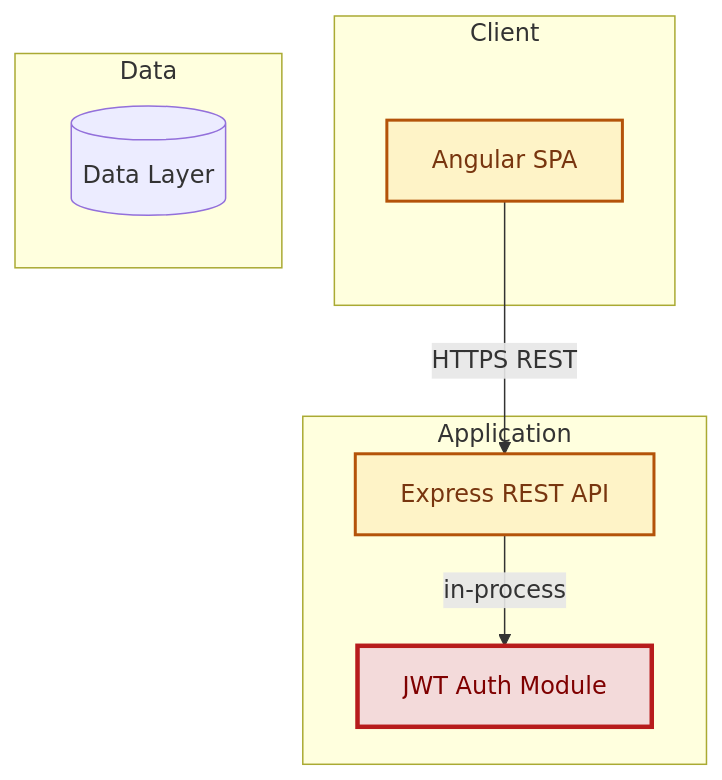
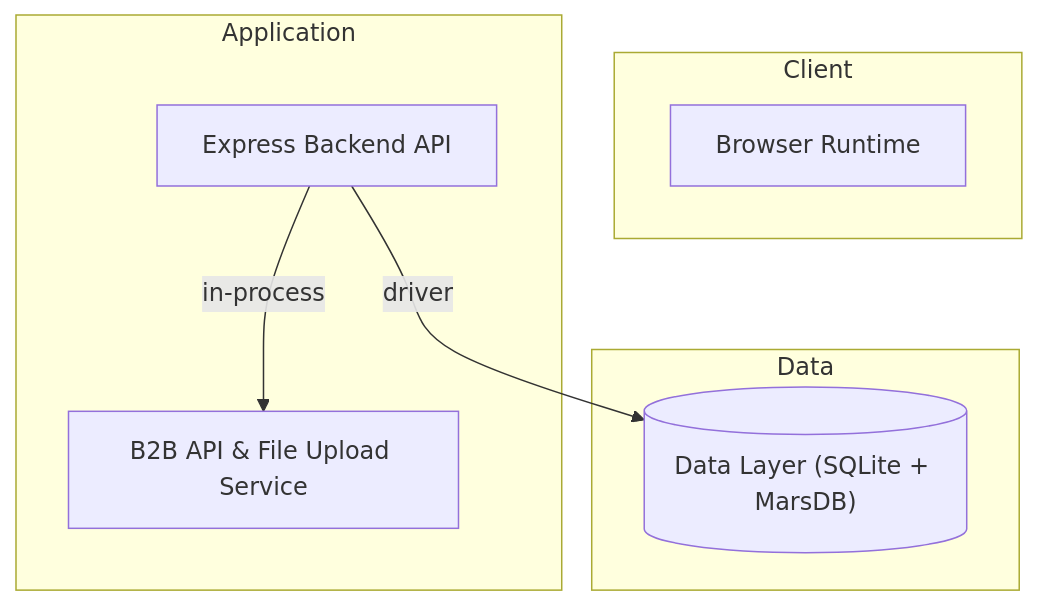
Before and after one commit to appsec-foundry/appsec-advisor: the third of 10 diagrams in examples/threat-modeler/threat-mode-juice-shop-quick.md, drawn with Mermaid. The commit also changed other lines of this file and 10 other files, not shown here.

````diff
--- a/examples/threat-modeler/threat-mode-juice-shop-quick.md
+++ b/examples/threat-modeler/threat-mode-juice-shop-quick.md
@@ -319,20 +308,15 @@
 ```mermaid
 flowchart TB
     subgraph Client
-        frontend["Angular SPA"]
+        BROWSER["Browser Runtime"]
     end
     subgraph Application
-        backend_api["Express REST API"]
-        auth_module["JWT Auth Module"]
+        backend_api["Express Backend API"]
+        b2b_api["B2B API & File Upload Service"]
     end
     subgraph Data
-        DATA[("Data Layer")]
+        data_persistence[("Data Layer (SQLite + MarsDB)")]
     end
-    frontend -->|HTTPS REST| backend_api
-    backend_api -->|in-process| auth_module
-    classDef critical fill:#f3dada,stroke:#b71c1c,color:#7f0000,stroke-width:3px
-    classDef warning  fill:#fef3c7,stroke:#b45309,color:#78350f,stroke-width:2px
-    class auth_module critical
-    class frontend warning
-    class backend_api warning
+    backend_api -->|driver| data_persistence
+    backend_api -->|in-process| b2b_api
 ```
````
